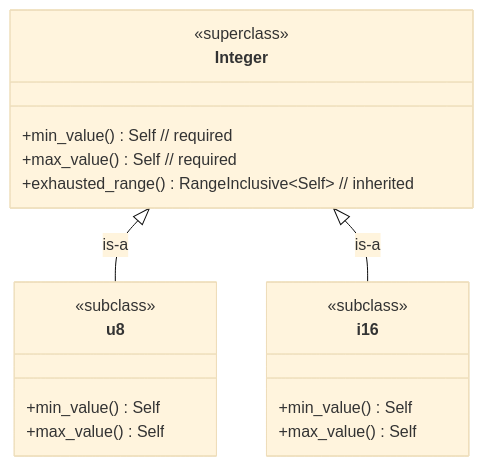
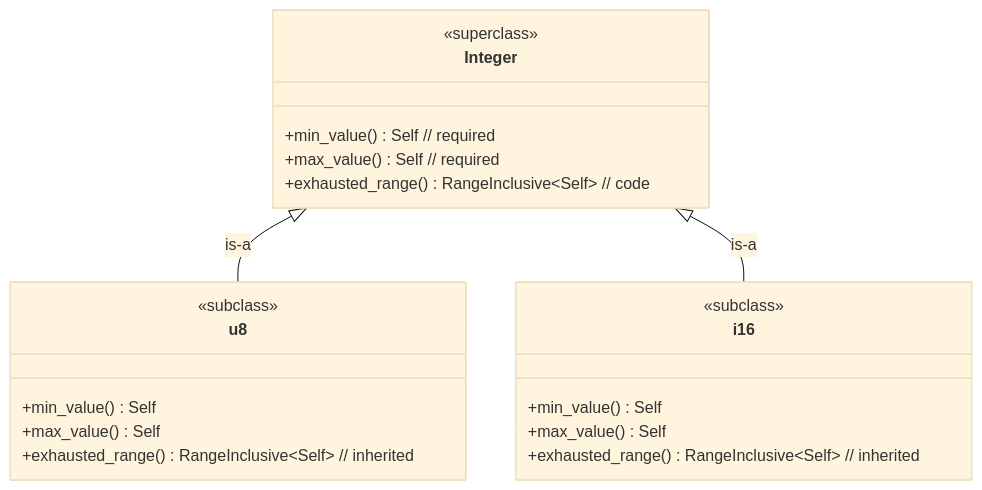
The diagram in examples/1_puzzle.md (CarlKCarlK/inherit), drawn with Mermaid (base theme) before and after one commit. The commit also changed other lines of this file and 39 other files, not shown here.

````diff
--- a/examples/1_puzzle.md
+++ b/examples/1_puzzle.md
@@ -5,26 +5,28 @@
 ```mermaid
 classDiagram
     direction TB
 
     class Integer {
         <<superclass>>
         +min_value() Self // required
         +max_value() Self // required
-        +exhausted_range() RangeInclusive~Self~  // inherited
+        +exhausted_range() RangeInclusive~Self~  // code
     }
 
     class u8 {
         <<subclass>>
         +min_value() Self
         +max_value() Self
+        +exhausted_range() RangeInclusive~Self~  // inherited
     }
 
     class i16 {
         <<subclass>>
         +min_value() Self
         +max_value() Self
+        +exhausted_range() RangeInclusive~Self~  // inherited
     }
 
     Integer <|-- u8 : is-a
     Integer <|-- i16 : is-a
 ```
````
